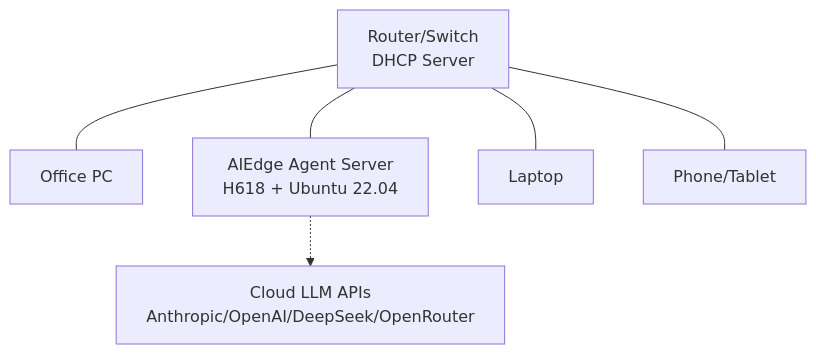
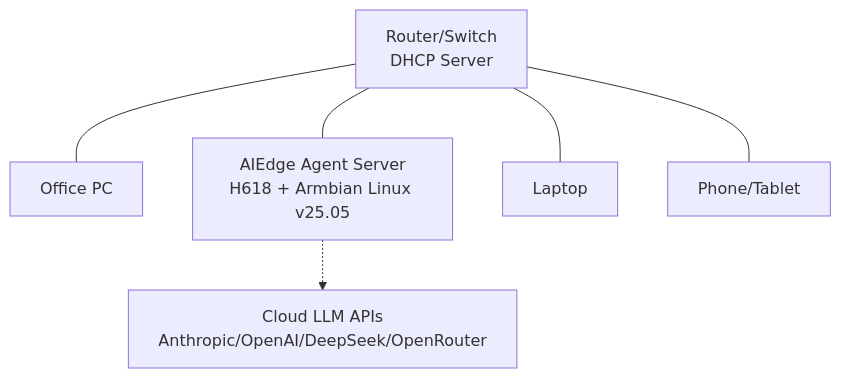
Before and after one commit to IntronBio/wiki: the diagram in docs/quickstart/lan-start.en.md, drawn with Mermaid. The commit also changed other lines of this file and 27 other files, not shown here.

````diff
--- a/docs/quickstart/lan-start.en.md
+++ b/docs/quickstart/lan-start.en.md
@@ -16,8 +16,8 @@
 ```mermaid
 graph TD
     R[Router/Switch<br/>DHCP Server] --- PC[Office PC]
-    R --- AE[AIEdge Agent Server<br/>H618 + Ubuntu 22.04]
+    R --- AE[AIEdge Agent Server<br/>H618 + Armbian Linux v25.05]
     R --- L[Laptop]
     R --- M[Phone/Tablet]
     AE -.-> API[Cloud LLM APIs<br/>Anthropic/OpenAI/DeepSeek/OpenRouter]
 ```
````
